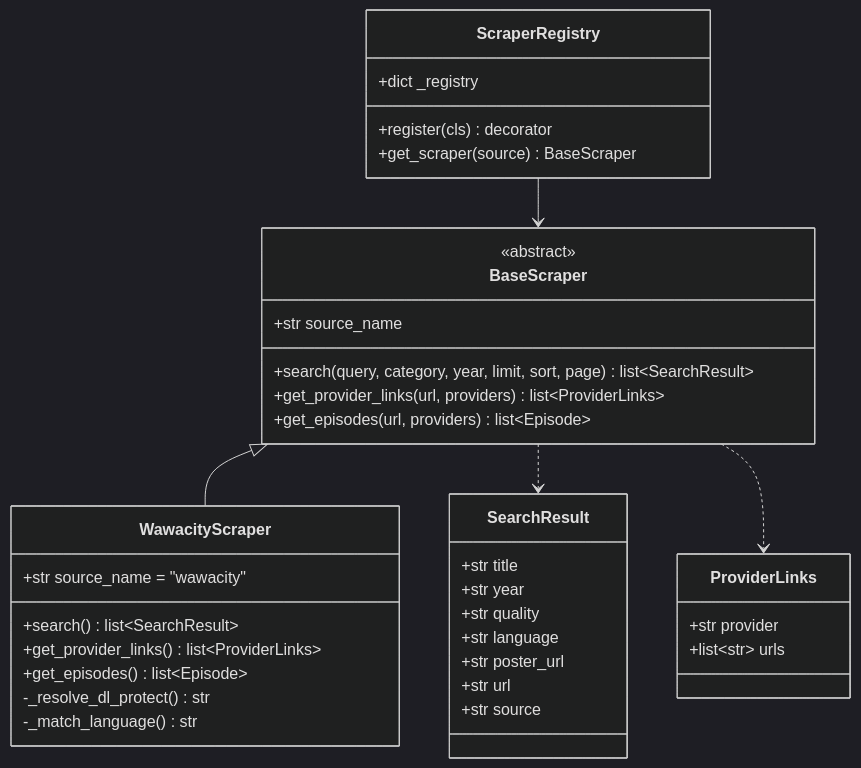
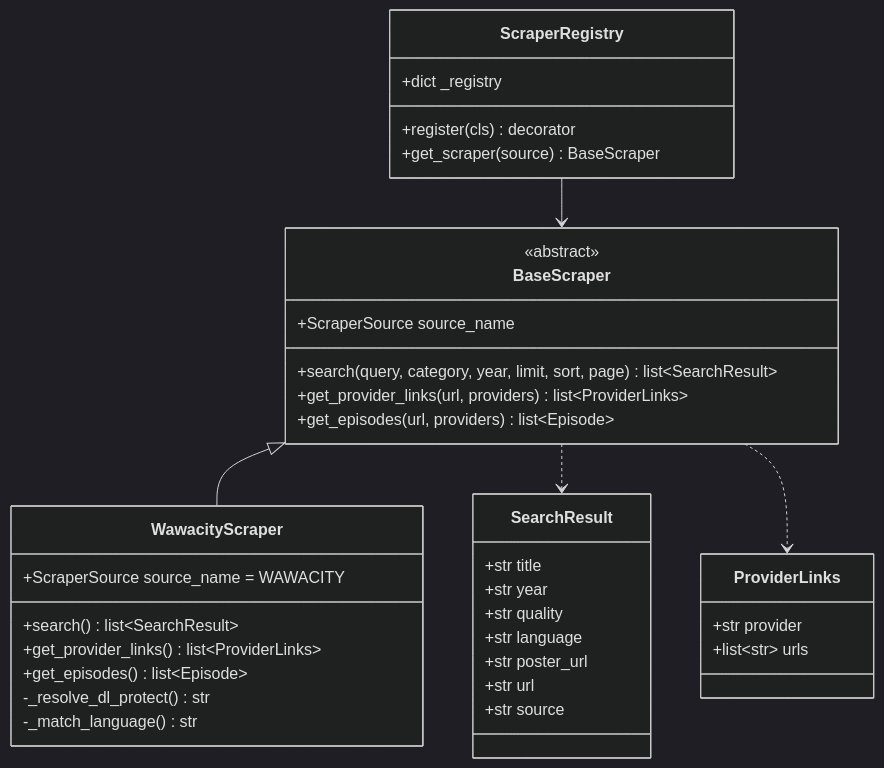
The sixth of 7 diagrams in docs/architecture-v2.md (Gon3s/dl_discord_bot), drawn with Mermaid (dark theme) before and after one commit. The commit also changed other lines of this file and 42 other files, not shown here.

````diff
--- a/docs/architecture-v2.md
+++ b/docs/architecture-v2.md
@@ -244,45 +264,45 @@
 ```mermaid
 classDiagram
     class BaseScraper {
         <<abstract>>
-        +str source_name
+        +ScraperSource source_name
         +search(query, category, year, limit, sort, page) list~SearchResult~
         +get_provider_links(url, providers) list~ProviderLinks~
         +get_episodes(url, providers) list~Episode~
     }
 
     class SearchResult {
         +str title
         +str year
         +str quality
         +str language
         +str poster_url
         +str url
         +str source
     }
 
     class ProviderLinks {
         +str provider
         +list~str~ urls
     }
 
     class WawacityScraper {
-        +str source_name = "wawacity"
+        +ScraperSource source_name = WAWACITY
         +search() list~SearchResult~
         +get_provider_links() list~ProviderLinks~
         +get_episodes() list~Episode~
         -_resolve_dl_protect() str
         -_match_language() str
     }
 
     class ScraperRegistry {
         +dict _registry
         +register(cls) decorator
         +get_scraper(source) BaseScraper
     }
 
     BaseScraper <|-- WawacityScraper
     BaseScraper ..> SearchResult
     BaseScraper ..> ProviderLinks
     ScraperRegistry --> BaseScraper
 ```
````
